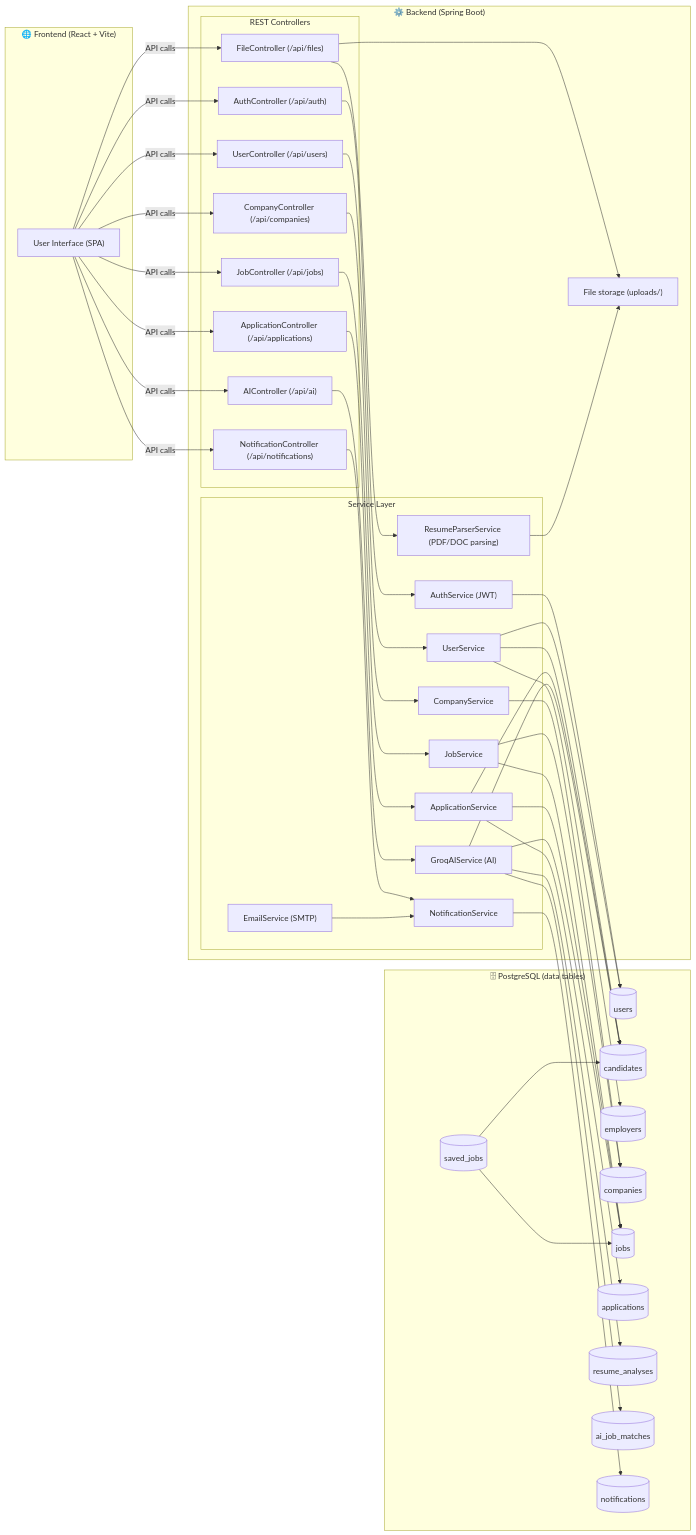
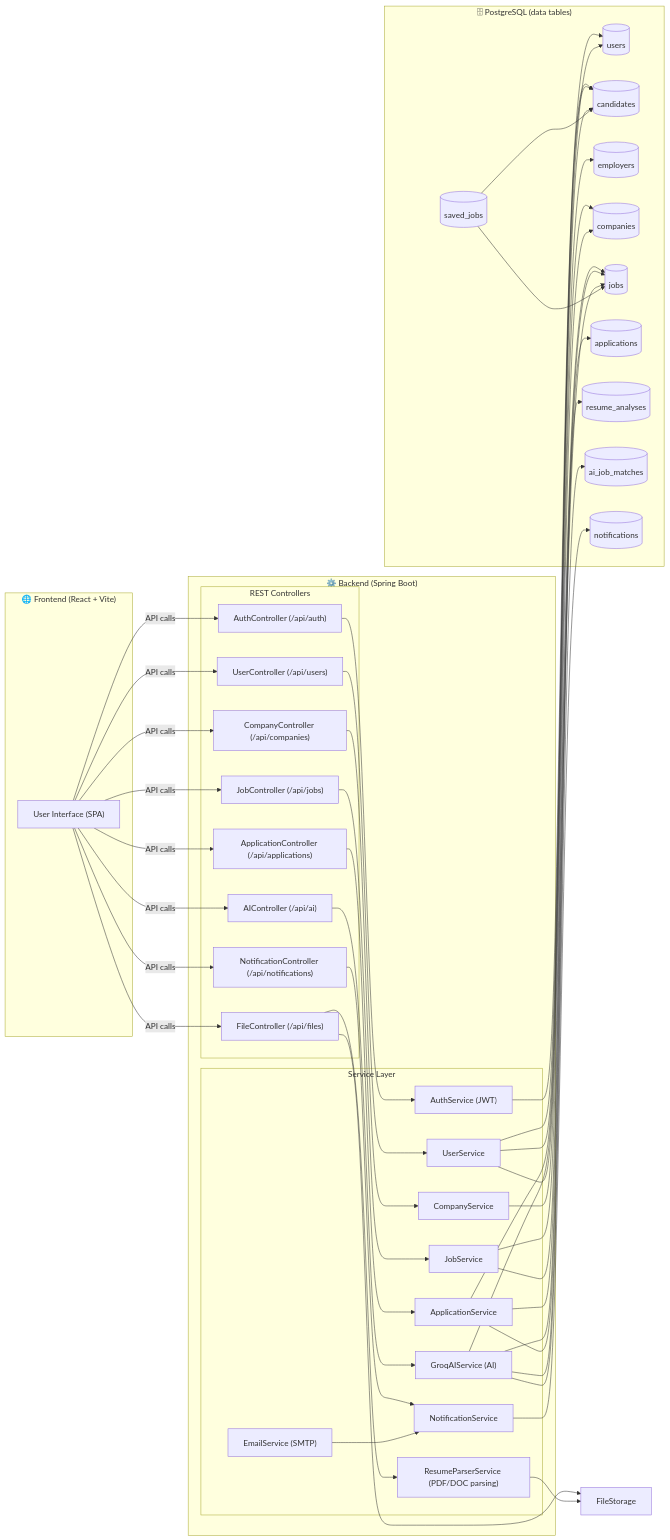
The first of 3 diagrams in README.md (parthibCsaha/Job-Portal), drawn with Mermaid before and after one commit. The commit also changed other lines of this file, not shown here.

```diff
--- a/README.md
+++ b/README.md
@@ -78,8 +78,6 @@
             GroqAIService["GroqAIService (AI) "]
             ResumeParserService["ResumeParserService (PDF/DOC parsing)"]
         end
-
-        FileStorage["File storage (uploads/)"]
     end
 
     subgraph DB["🗄 PostgreSQL (data tables)"]
```
